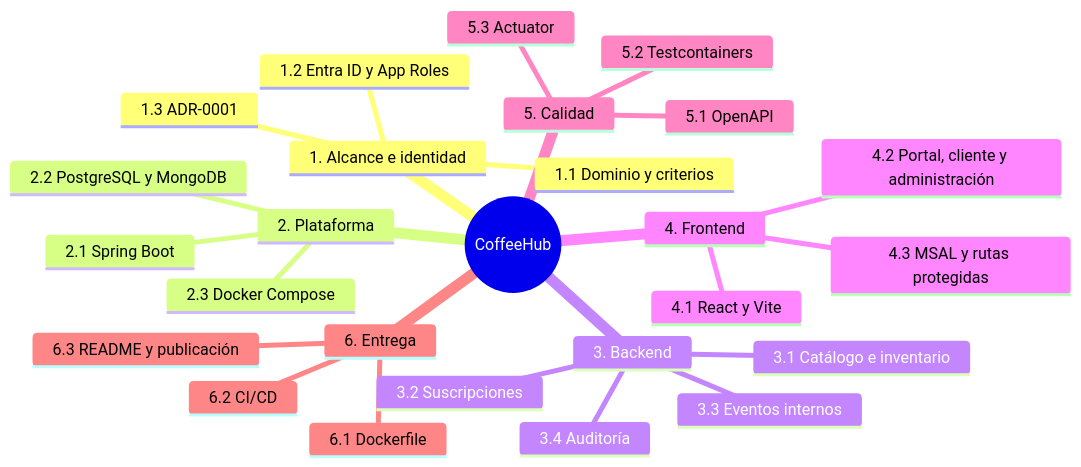
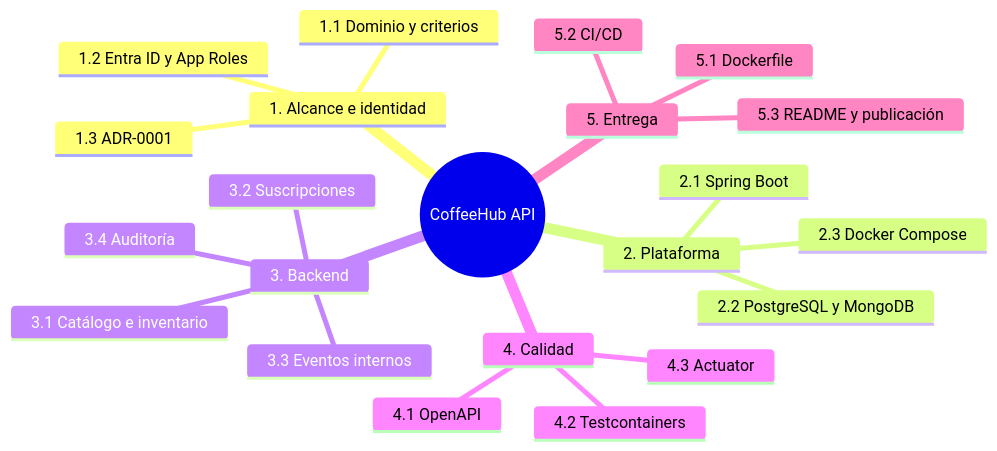
Before and after one commit to CatalinaOrmeno/CoffeeHub-API: the first of 2 diagrams in docs/PLANNING.md, drawn with Mermaid. The commit also changed other lines of this file and 32 other files, not shown here.

````diff
--- a/docs/PLANNING.md
+++ b/docs/PLANNING.md
@@ -13,29 +13,25 @@
 ```mermaid
 mindmap
-  root((CoffeeHub))
+  root((CoffeeHub API))
     1. Alcance e identidad
       1.1 Dominio y criterios
       1.2 Entra ID y App Roles
       1.3 ADR-0001
     2. Plataforma
       2.1 Spring Boot
       2.2 PostgreSQL y MongoDB
       2.3 Docker Compose
     3. Backend
       3.1 Catálogo e inventario
       3.2 Suscripciones
       3.3 Eventos internos
       3.4 Auditoría
-    4. Frontend
-      4.1 React y Vite
-      4.2 Portal, cliente y administración
-      4.3 MSAL y rutas protegidas
-    5. Calidad
-      5.1 OpenAPI
-      5.2 Testcontainers
-      5.3 Actuator
-    6. Entrega
-      6.1 Dockerfile
-      6.2 CI/CD
-      6.3 README y publicación
+    4. Calidad
+      4.1 OpenAPI
+      4.2 Testcontainers
+      4.3 Actuator
+    5. Entrega
+      5.1 Dockerfile
+      5.2 CI/CD
+      5.3 README y publicación
 ```
````
